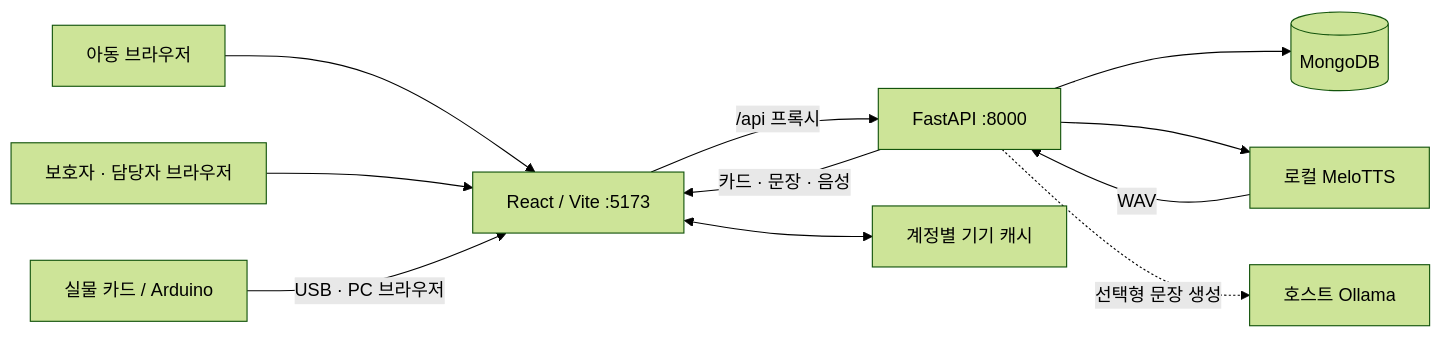
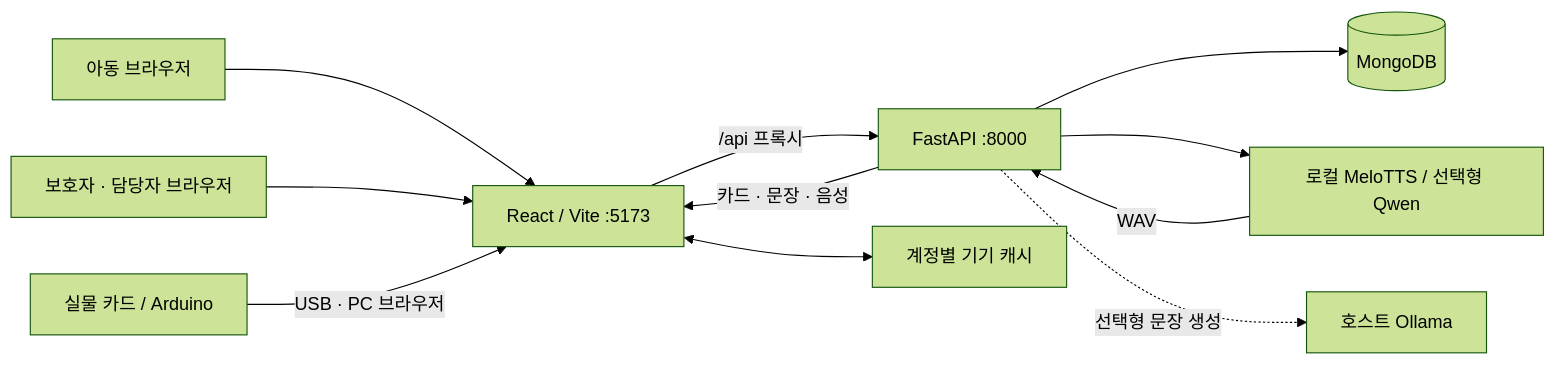
Before and after one commit to PECS-MATE/pesc-mate: the diagram in README.md, drawn with Mermaid (forest theme). The commit also changed other lines of this file and 10 other files, not shown here.

```diff
--- a/README.md
+++ b/README.md
@@ -82,13 +83,13 @@
 ~~~mermaid
 flowchart LR
     Child["아동 브라우저"] --> Web["React / Vite :5173"]
     Caregiver["보호자 · 담당자 브라우저"] --> Web
     RFID["실물 카드 / Arduino"] -->|"USB · PC 브라우저"| Web
     Web -->|"/api 프록시"| API["FastAPI :8000"]
     API --> DB[("MongoDB")]
-    API --> Speech["로컬 MeloTTS"]
+    API --> Speech["로컬 MeloTTS / 선택형 Qwen"]
     API -. "선택형 문장 생성" .-> Ollama["호스트 Ollama"]
     Speech -->|"WAV"| API
     API -->|"카드 · 문장 · 음성"| Web
     Web <--> Cache["계정별 기기 캐시"]
 ~~~
```
